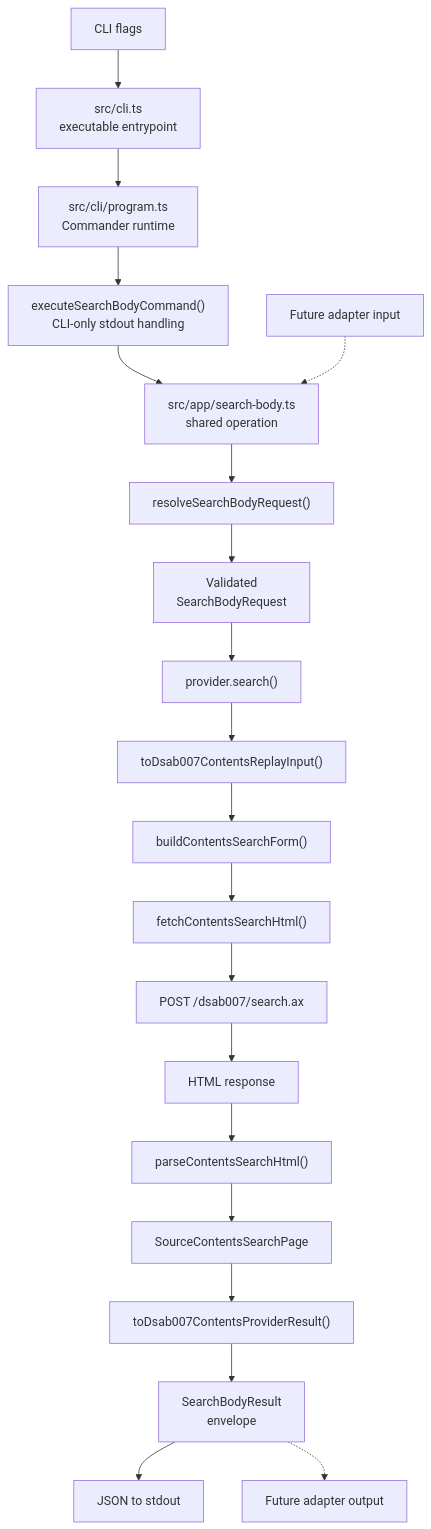
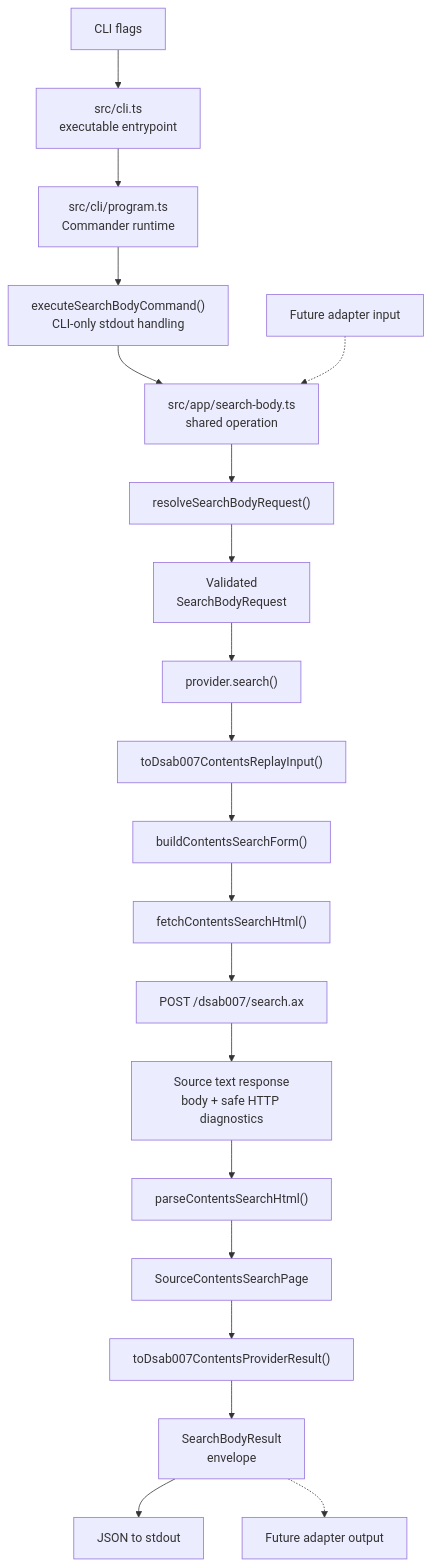
The fourth of 6 diagrams in src/ARCHITECTURE.md (cpaikr/darty), drawn with Mermaid before and after one commit. The commit also changed other lines of this file and 27 other files, not shown here.

First line of the commit message:
feat: preserve DART source response diagnostics

````diff
--- a/src/ARCHITECTURE.md
+++ b/src/ARCHITECTURE.md
@@ -225,43 +225,43 @@
 ```mermaid
 graph TD
     CLI_INPUT["CLI flags"]
     FUTURE_INPUT["Future adapter input"]
     CLI_ENTRY["src/cli.ts\nexecutable entrypoint"]
     CLI_PROGRAM["src/cli/program.ts\nCommander runtime"]
     CLI_CMD["executeSearchBodyCommand()\nCLI-only stdout handling"]
     APP["src/app/search-body.ts\nshared operation"]
     RESOLVE["resolveSearchBodyRequest()"]
     REQUEST["Validated\nSearchBodyRequest"]
     PROVIDER["provider.search()"]
     TO_REPLAY["toDsab007ContentsReplayInput()"]
     BUILD["buildContentsSearchForm()"]
     FETCH["fetchContentsSearchHtml()"]
     POST["POST /dsab007/search.ax"]
-    HTML["HTML response"]
+    HTML["Source text response\nbody + safe HTTP diagnostics"]
     PARSE_HTML["parseContentsSearchHtml()"]
     SOURCE_PAGE["SourceContentsSearchPage"]
     TO_RESULT["toDsab007ContentsProviderResult()"]
     ENVELOPE["SearchBodyResult\nenvelope"]
     CLI_OUTPUT["JSON to stdout"]
     FUTURE_OUTPUT["Future adapter output"]
 
     CLI_INPUT --> CLI_ENTRY
     CLI_ENTRY --> CLI_PROGRAM
     CLI_PROGRAM --> CLI_CMD
     CLI_CMD --> APP
     FUTURE_INPUT -.-> APP
     APP --> RESOLVE
     RESOLVE --> REQUEST
     REQUEST --> PROVIDER
     PROVIDER --> TO_REPLAY
     TO_REPLAY --> BUILD
     BUILD --> FETCH
     FETCH --> POST
     POST --> HTML
     HTML --> PARSE_HTML
     PARSE_HTML --> SOURCE_PAGE
     SOURCE_PAGE --> TO_RESULT
     TO_RESULT --> ENVELOPE
     ENVELOPE --> CLI_OUTPUT
     ENVELOPE -.-> FUTURE_OUTPUT
 ```
````
